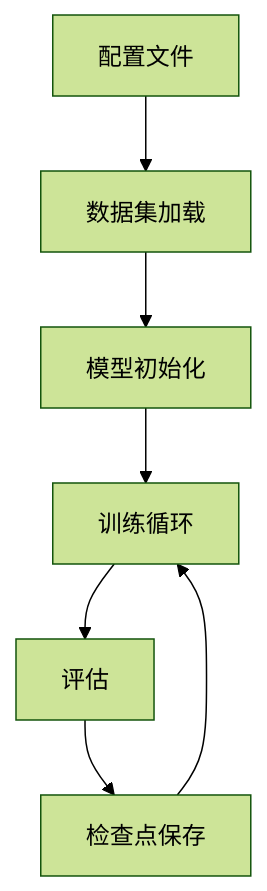
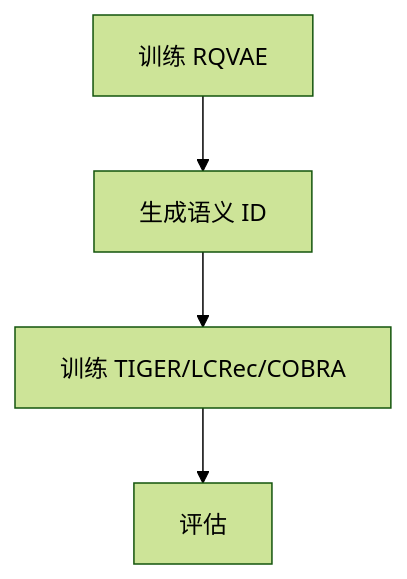
The second of 2 diagrams in docs/zh/getting-started.md (RoydonTay/genrec-unigcr), drawn with Mermaid (forest theme) before and after one commit. The commit also changed other lines of this file and 13 other files, not shown here.

````diff
--- a/docs/zh/getting-started.md
+++ b/docs/zh/getting-started.md
@@ -113,9 +157,6 @@
 ```mermaid
 graph TD
-    A[配置文件] --> B[数据集加载]
-    B --> C[模型初始化]
-    C --> D[训练循环]
-    D --> E[评估]
-    E --> F[检查点保存]
-    F --> D
+    A[训练 RQVAE] --> B[生成语义 ID]
+    B --> C[训练 TIGER/LCRec/COBRA]
+    C --> D[评估]
 ```
````
